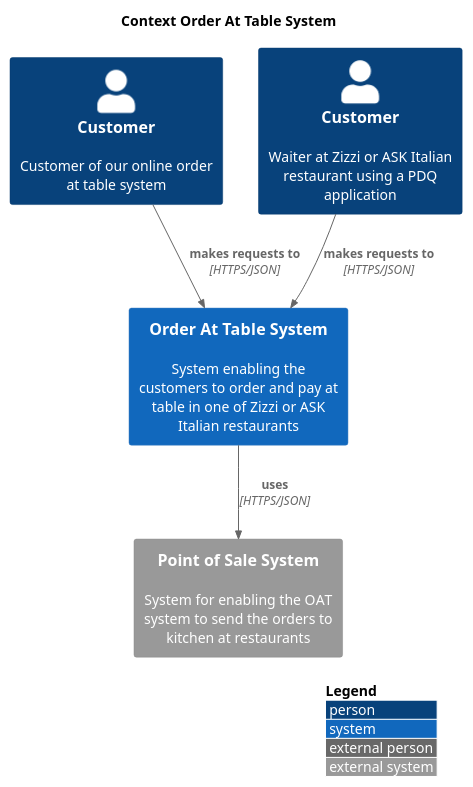
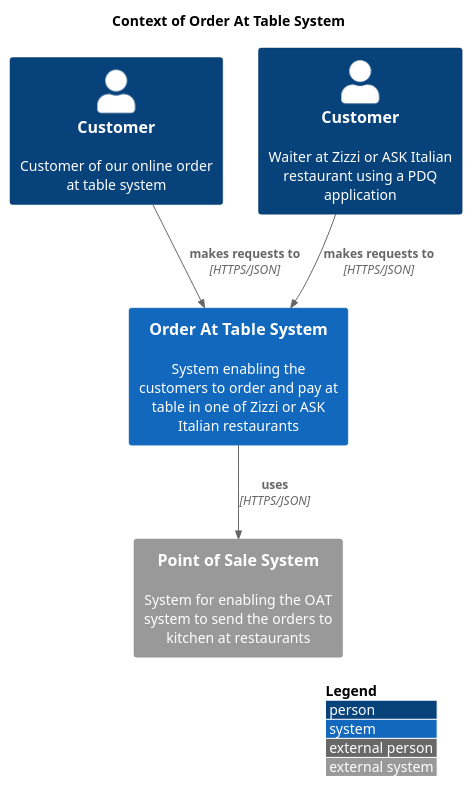
One commit to anandakumarpalanisamy/css-recipes changed the diagram in uml/oatcontext2.puml. Above: the diagram before and after it, drawn with PlantUML.

```diff
--- a/uml/oatcontext2.puml
+++ b/uml/oatcontext2.puml
@@ -3,17 +3,17 @@
 @startuml
 !include https://raw.githubusercontent.com/plantuml-stdlib/C4-PlantUML/master/C4_Context.puml
 
 LAYOUT_WITH_LEGEND()
 
-title Context Order At Table System
+title Context of Order At Table System
 
 Person(ecommCustomer, Customer, "Customer of our online order at table system")
 Person(pdqWaiter, Customer, "Waiter at Zizzi or ASK Italian restaurant using a PDQ application")
 System(oat, "Order At Table System", "System enabling the customers to order and pay at table in one of Zizzi or ASK Italian restaurants")
 System_Ext(comtrex, "Point of Sale System", "System for enabling the OAT system to send the orders to kitchen at restaurants")
 
 Rel(ecommCustomer, oat, "makes requests to", "HTTPS/JSON")
 Rel(pdqWaiter, oat, "makes requests to", "HTTPS/JSON")
 Rel(oat, comtrex, "uses", "HTTPS/JSON")
 
 @enduml
```
